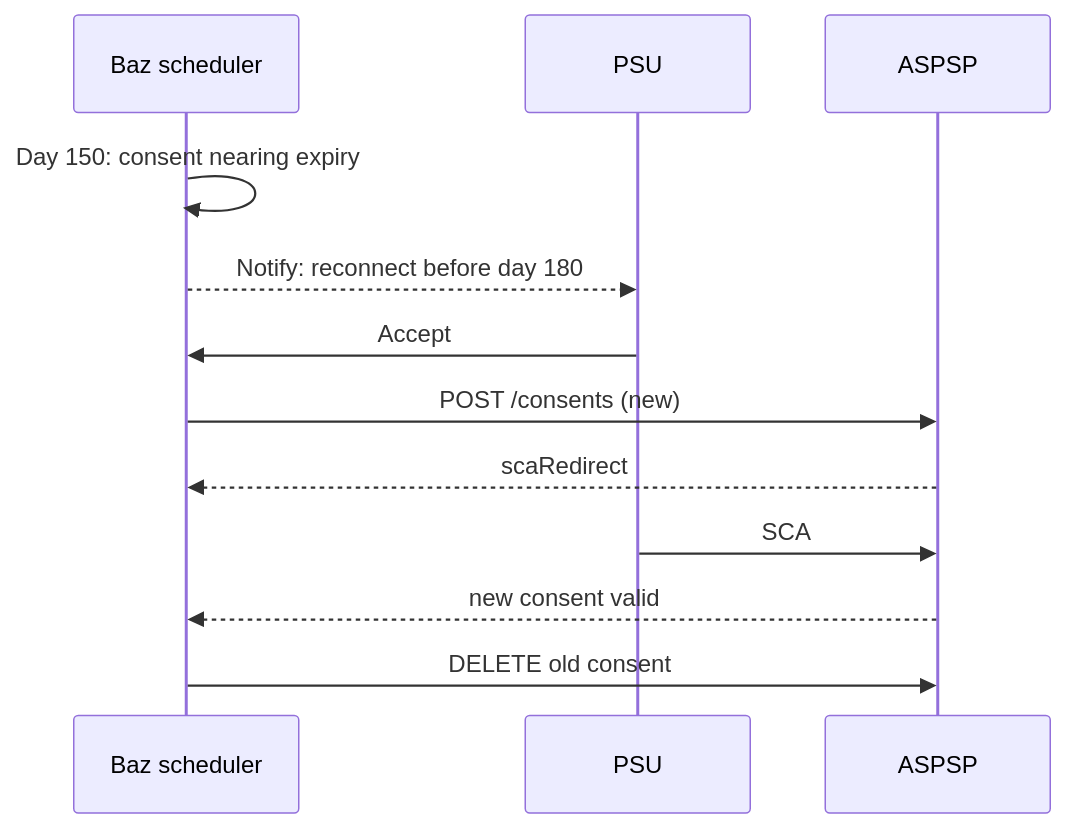
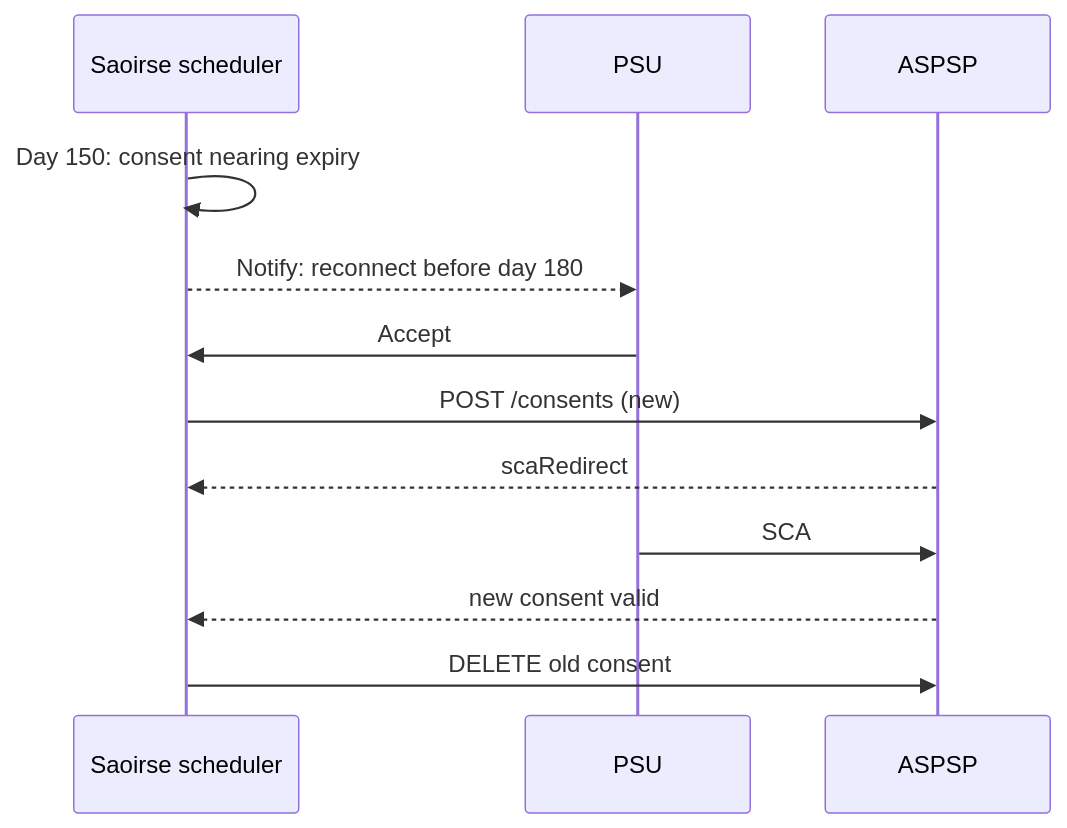
The fourth of 7 diagrams in src/content/docs/open-banking/roadmap.md (chris-88/saoi-docs), drawn with Mermaid before and after one commit. The commit also changed other lines of this file and 8 other files, not shown here.

````diff
--- a/src/content/docs/open-banking/roadmap.md
+++ b/src/content/docs/open-banking/roadmap.md
@@ -90,14 +90,14 @@
 ```mermaid
 sequenceDiagram
-  participant J as Baz scheduler
+  participant J as Saoirse scheduler
   participant P as PSU
   participant A as ASPSP
   J->>J: Day 150: consent nearing expiry
   J-->>P: Notify: reconnect before day 180
   P->>J: Accept
   J->>A: POST /consents (new)
   A-->>J: scaRedirect
   P->>A: SCA
   A-->>J: new consent valid
   J->>A: DELETE old consent
 ```
````
